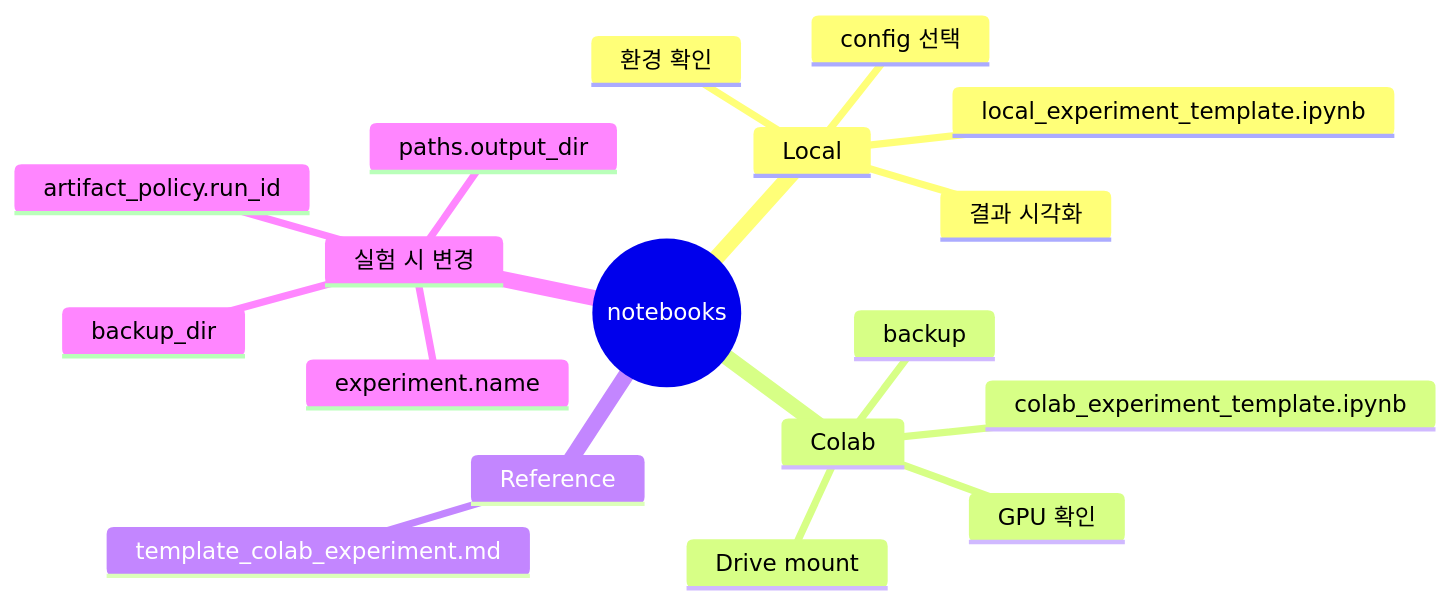
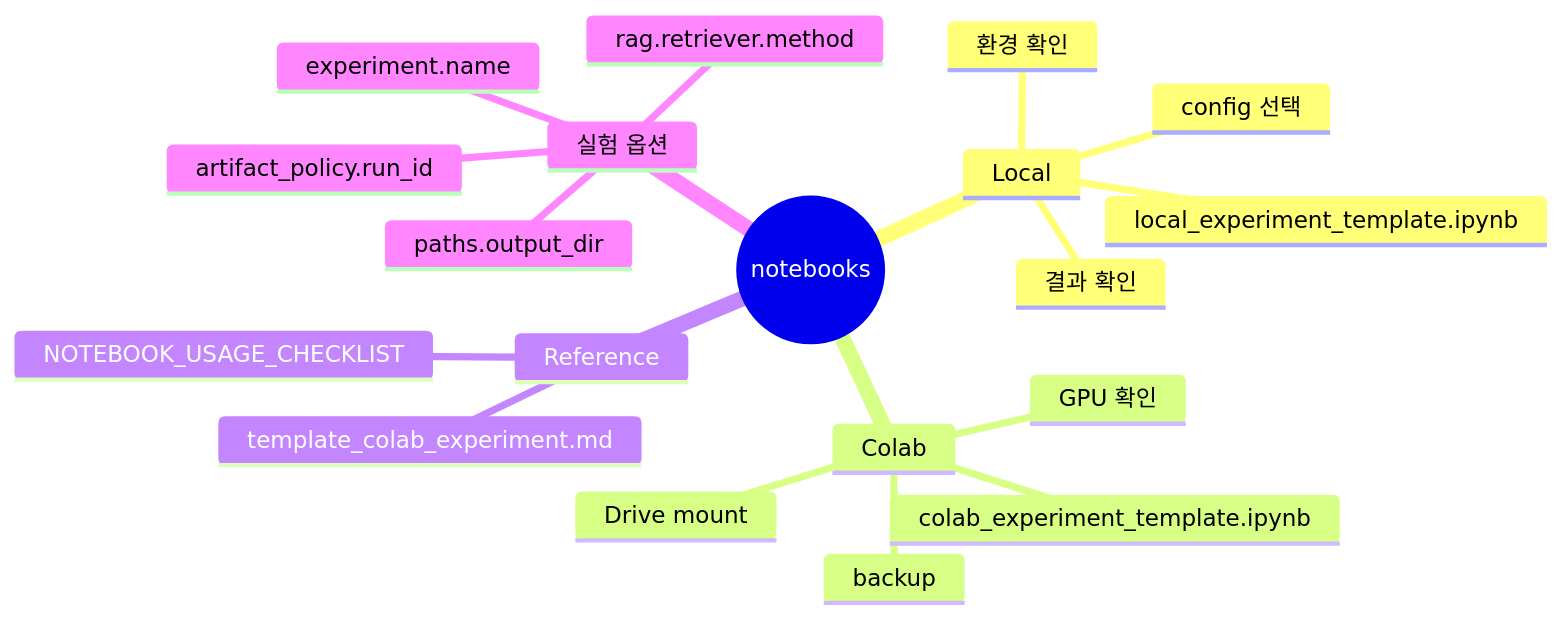
The diagram in notebooks/README.md (Codeit-Part3-6Team/Codeit-Part3-6Team-Project), drawn with Mermaid before and after one commit. The commit also changed other lines of this file and 16 other files, not shown here.

````diff
--- a/notebooks/README.md
+++ b/notebooks/README.md
@@ -7,21 +7,22 @@
 ```mermaid
 mindmap
   root((notebooks))
     Local
       local_experiment_template.ipynb
       환경 확인
       config 선택
-      결과 시각화
+      결과 확인
     Colab
       colab_experiment_template.ipynb
       Drive mount
       GPU 확인
       backup
     Reference
       template_colab_experiment.md
-    실험 시 변경
+      NOTEBOOK_USAGE_CHECKLIST
+    실험 옵션
       experiment.name
       paths.output_dir
       artifact_policy.run_id
-      backup_dir
+      rag.retriever.method
 ```
````
